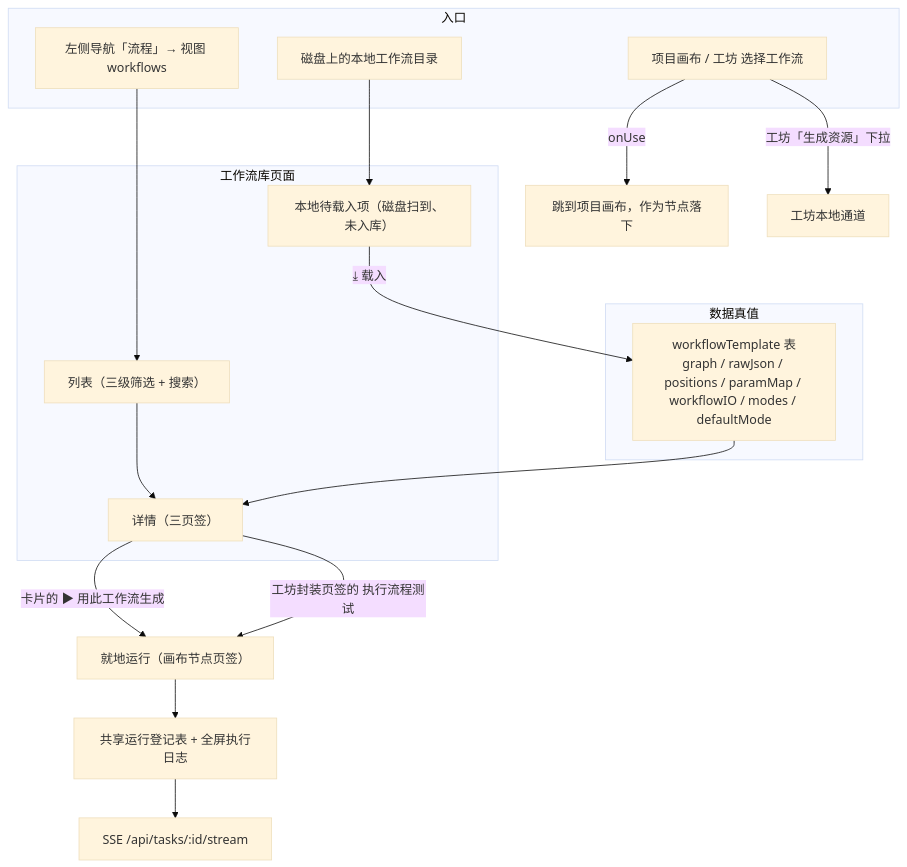
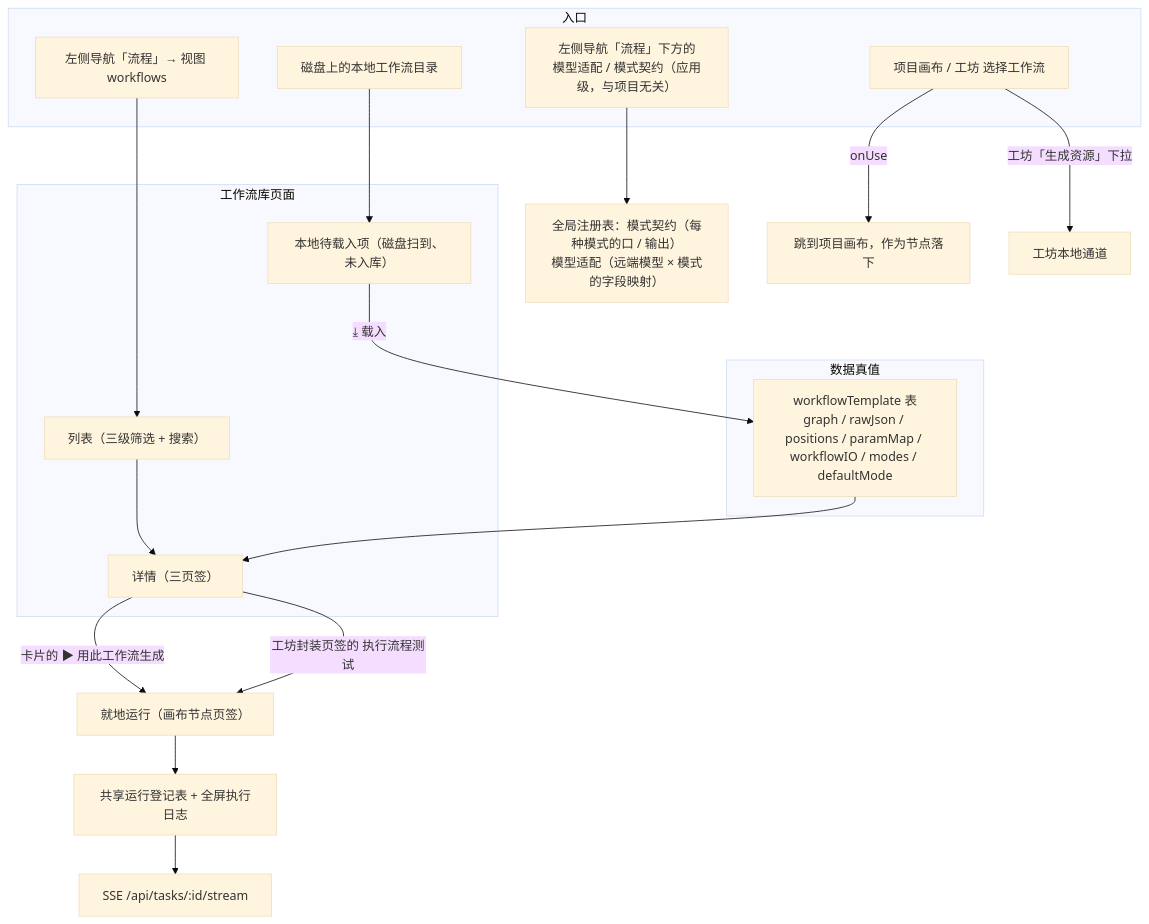
One commit to wuxianyuedu/comfy-app changed the first of 8 diagrams in docs/guides/feature-workflow-library-flow.md. Above: the diagram before and after it, drawn with Mermaid (base theme). The commit also changed 12 other files, not shown here.

First line of the commit message:
refactor(studio): 「模型适配 / 模式契约」入口移出项目内视图，落到侧栏「流程」下方 (#1296)

````diff
--- a/docs/guides/feature-workflow-library-flow.md
+++ b/docs/guides/feature-workflow-library-flow.md
@@ -33,32 +33,34 @@
 ```mermaid
 flowchart TD
   subgraph ENTRY["入口"]
     NAV["左侧导航「流程」→ 视图 workflows"]
     USE["项目画布 / 工坊 选择工作流"]
     FILES["磁盘上的本地工作流目录"]
+    OVERLAY["左侧导航「流程」下方的<br/>模型适配 / 模式契约（应用级，与项目无关）"]
   end
 
   subgraph LIB["工作流库页面"]
     LIST["列表（三级筛选 + 搜索）"]
     PEND["本地待载入项（磁盘扫到、未入库）"]
     DETAIL["详情（三页签）"]
   end
 
   subgraph STORE["数据真值"]
     DB["workflowTemplate 表<br/>graph / rawJson / positions / paramMap / workflowIO / modes / defaultMode"]
   end
 
   NAV --> LIST
+  OVERLAY --> CONTRACT_ENTRY["全局注册表：模式契约（每种模式的口 / 输出）<br/>模型适配（远端模型 × 模式的字段映射）"]
   FILES --> PEND
   LIST --> DETAIL
   PEND -->|"⤓ 载入"| DB
   DB --> DETAIL
 
   DETAIL -->|"卡片的 ▶ 用此工作流生成"| RUN["就地运行（画布节点页签）"]
   DETAIL -->|"工坊封装页签的 执行流程测试"| RUN
   RUN --> SHARED["共享运行登记表 + 全屏执行日志"]
   SHARED --> SSE["SSE /api/tasks/:id/stream"]
 
   USE -->|"onUse"| CANVAS["跳到项目画布，作为节点落下"]
   USE -->|"工坊「生成资源」下拉"| WORKSHOP["工坊本地通道"]
 ```
````
